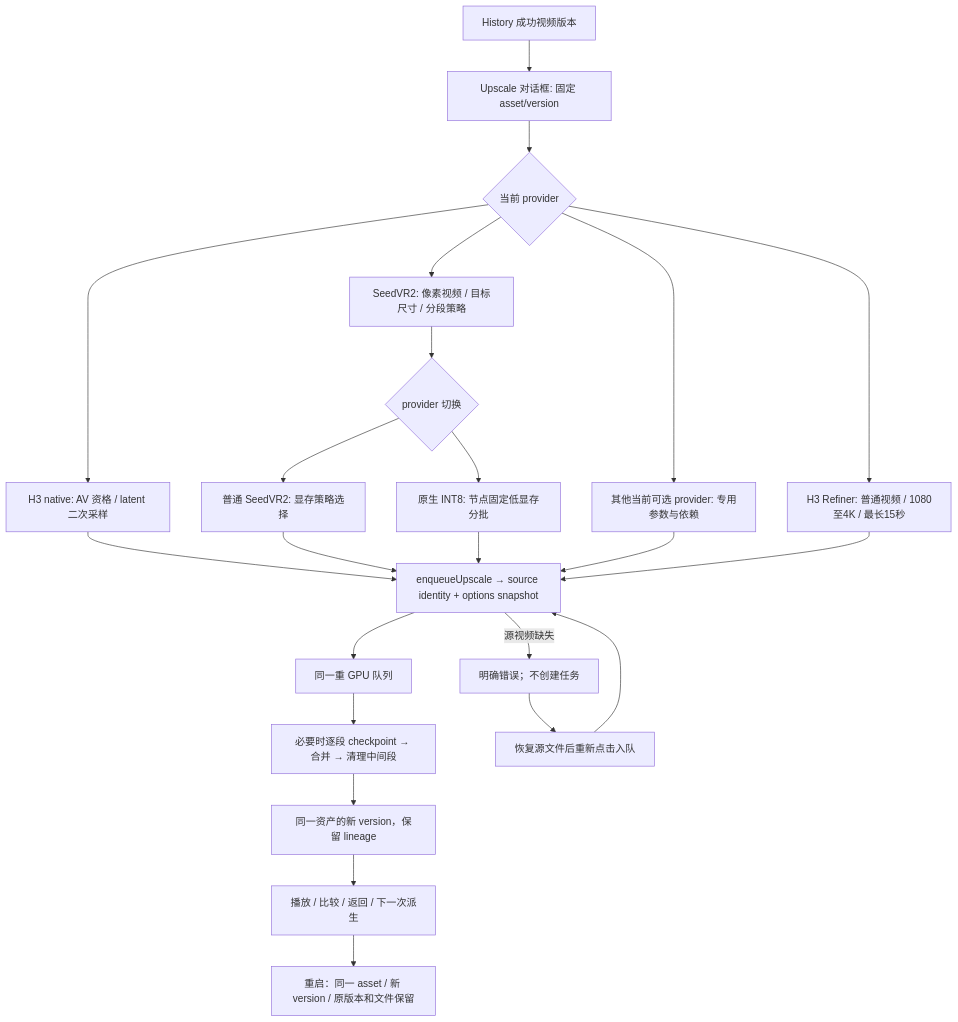
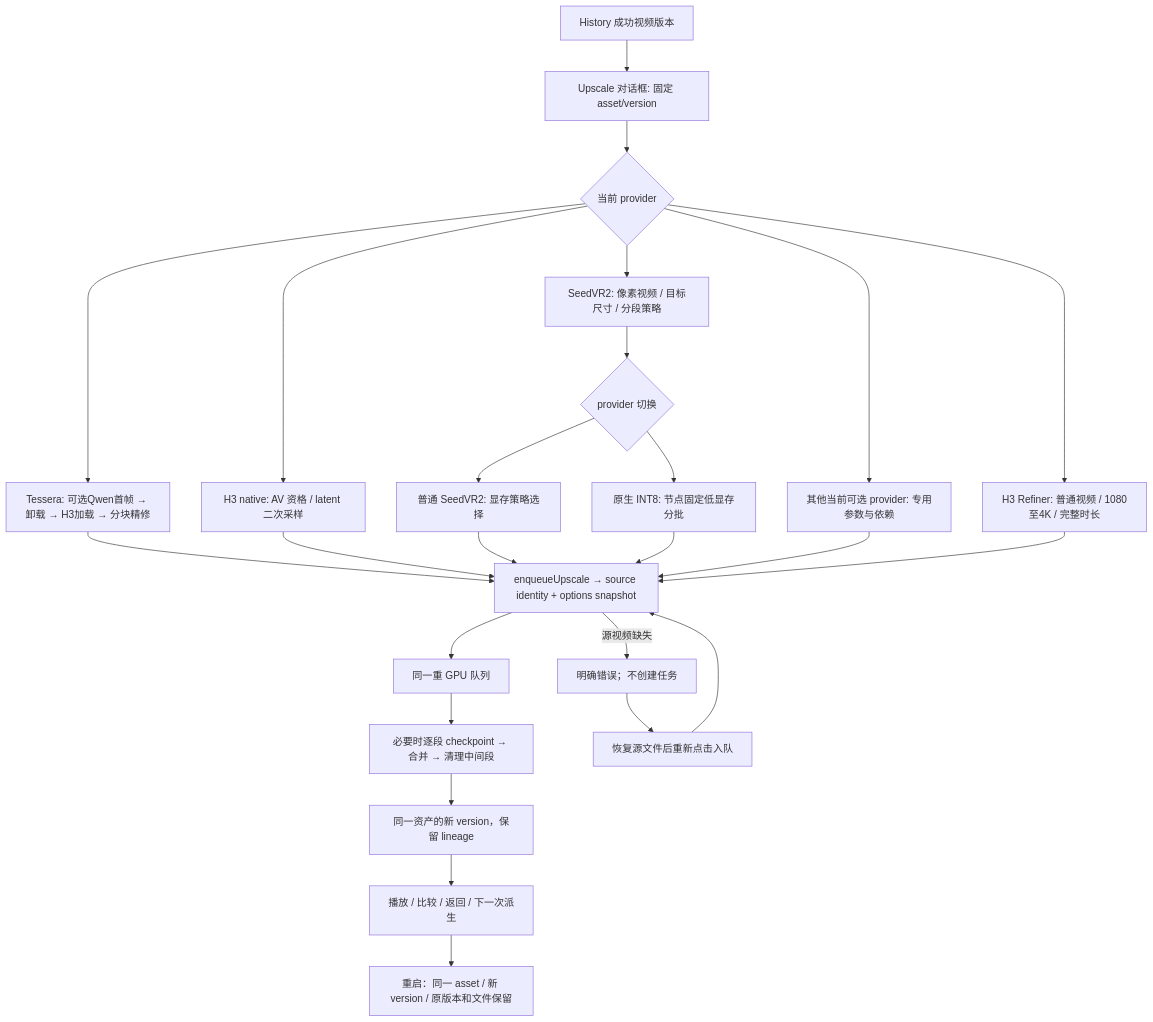
Before and after one commit to wxy112300/AIVideoGenTool: the sixth of 7 diagrams in docs/runbooks/PRODUCT_JOURNEYS.md, drawn with Mermaid. The commit also changed 89 other files, not shown here.

````diff
--- a/docs/runbooks/PRODUCT_JOURNEYS.md
+++ b/docs/runbooks/PRODUCT_JOURNEYS.md
@@ -239,21 +239,23 @@
 ```mermaid
 flowchart TD
   V[History 成功视频版本] --> D[Upscale 对话框: 固定 asset/version]
   D --> P{当前 provider}
   P --> H3[H3 native: AV 资格 / latent 二次采样]
   P --> SEED[SeedVR2: 像素视频 / 目标尺寸 / 分段策略]
-    P --> REF[H3 Refiner: 普通视频 / 1080至4K / 最长15秒]
+    P --> REF[H3 Refiner: 普通视频 / 1080至4K / 完整时长]
+  P --> TESS[Tessera: 可选Qwen首帧 → 卸载 → H3加载 → 分块精修]
+  TESS --> Q
   SEED --> SWITCH{provider 切换}
   SWITCH --> CLASSIC[普通 SeedVR2: 显存策略选择]
   SWITCH --> NATIVE[原生 INT8: 节点固定低显存分批]
   P --> OTHER[其他当前可选 provider: 专用参数与依赖]
     H3 & CLASSIC & NATIVE & OTHER & REF --> Q[enqueueUpscale → source identity + options snapshot]
   Q --> GPU[同一重 GPU 队列]
   GPU --> SEG[必要时逐段 checkpoint → 合并 → 清理中间段]
   SEG --> VER[同一资产的新 version，保留 lineage]
   VER --> PLAY[播放 / 比较 / 返回 / 下一次派生]
   Q -->|源视频缺失| REJECT[明确错误；不创建任务]
   REJECT --> RESTORE[恢复源文件后重新点击入队]
   RESTORE --> Q
   PLAY --> RESTART[重启：同一 asset / 新 version / 原版本和文件保留]
 ```
````
